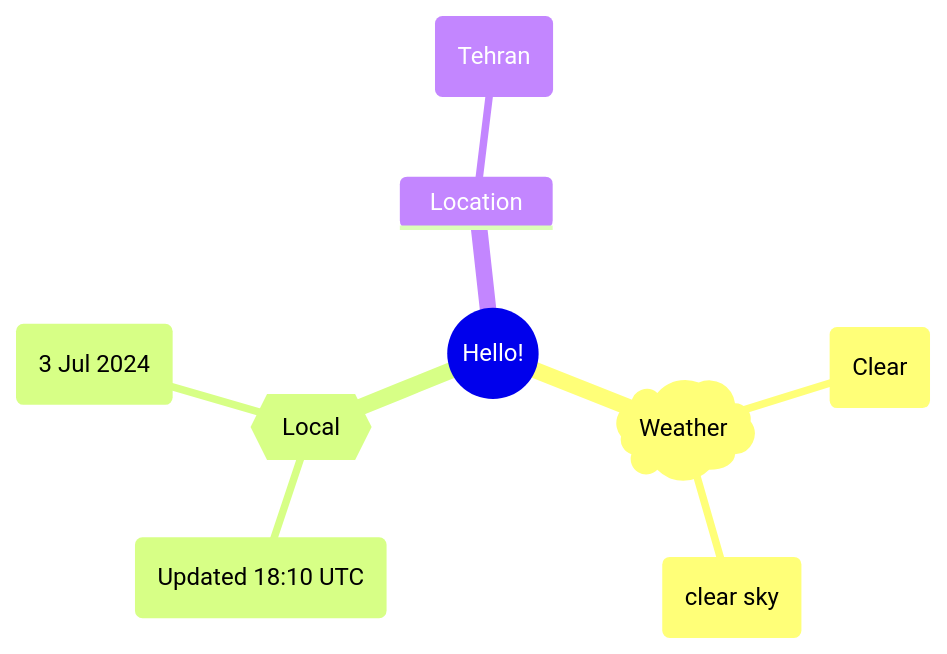
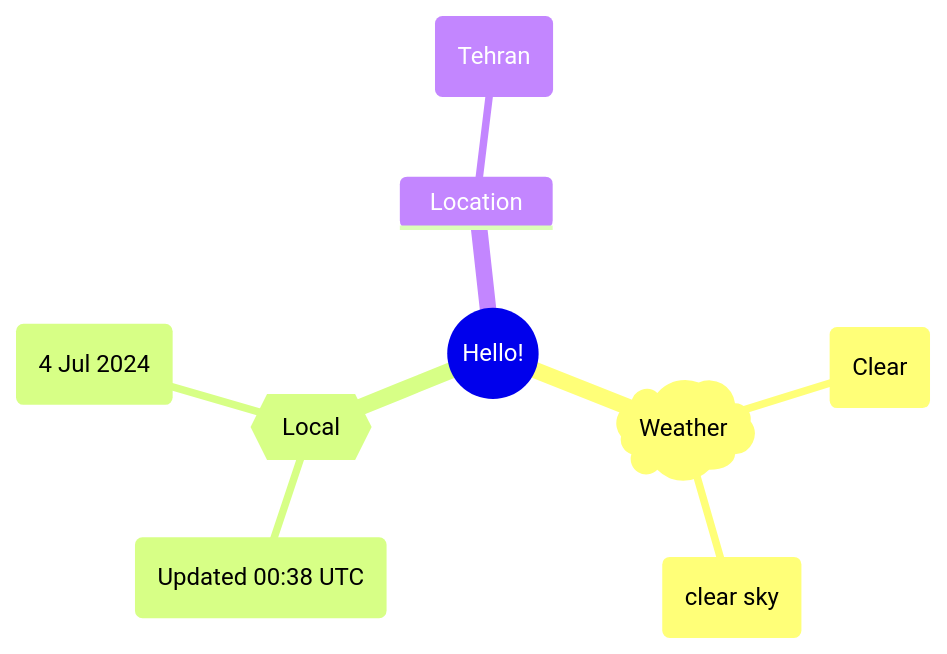
Before and after one commit to Xosrov/Xosrov: the first of 2 diagrams in README.md, drawn with Mermaid.

Commit message:
[bot] updated images

````diff
--- a/README.md
+++ b/README.md
@@ -3,12 +3,12 @@
 ```mermaid
 mindmap
   root((Hello!))
     )Weather(
         (Clear)
         (clear sky)
     {{Local}}
-        (Updated 18:10 UTC)
-        (3 Jul 2024)
+        (Updated 00:38 UTC)
+        (4 Jul 2024)
     Location
         (Tehran)
 ```
````
